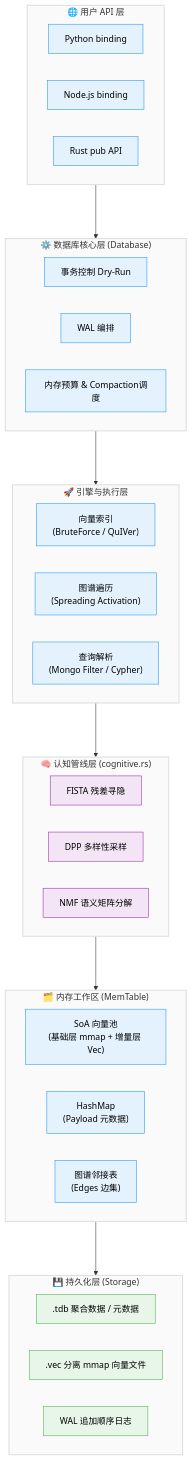
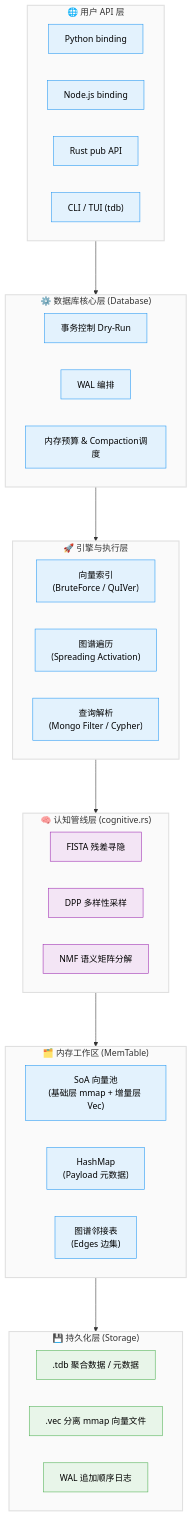
Before and after one commit to YoKONCy/TriviumDB: the diagram in docs/features.md, drawn with Mermaid. The commit also changed 5 other files, not shown here.

First line of the commit message:
docs: add cli/ to project structure, fix roadmap & dead links, bump versions

````diff
--- a/docs/features.md
+++ b/docs/features.md
@@ -28,61 +28,62 @@
 ```mermaid
 flowchart TD
     classDef layer fill:#fafafa,stroke:#e0e0e0,stroke-width:2px,color:#333;
     classDef module fill:#e3f2fd,stroke:#2196f3,stroke-width:1px,color:#000;
     classDef math fill:#f3e5f5,stroke:#9c27b0,stroke-width:1px,color:#000;
     classDef storage fill:#e8f5e9,stroke:#4caf50,stroke-width:1px,color:#000;
 
     subgraph Layer1 ["🌐 用户 API 层"]
         direction LR
         API1[Python binding]:::module
         API2[Node.js binding]:::module
         API3[Rust pub API]:::module
+        API4["CLI / TUI (tdb)"]:::module
     end
     Layer1:::layer
 
     subgraph Layer2 ["⚙️ 数据库核心层 (Database)"]
         direction LR
         C1[事务控制 Dry-Run]:::module
         C2[WAL 编排]:::module
         C3[内存预算 & Compaction调度]:::module
     end
     Layer2:::layer
 
     subgraph Layer3 ["🚀 引擎与执行层"]
         direction LR
         E1["向量索引\n(BruteForce / QuIVer)"]:::module
         E2["图谱遍历\n(Spreading Activation)"]:::module
         E3["查询解析\n(Mongo Filter / Cypher)"]:::module
     end
     Layer3:::layer
 
     subgraph Layer4 ["🧠 认知管线层 (cognitive.rs)"]
         direction LR
         M1[FISTA 残差寻隐]:::math
         M2[DPP 多样性采样]:::math
         M3[NMF 语义矩阵分解]:::math
     end
     Layer4:::layer
 
     subgraph Layer5 ["🗂️ 内存工作区 (MemTable)"]
         direction LR
         M_VEC["SoA 向量池\n(基础层 mmap + 增量层 Vec)"]:::module
         M_PAY["HashMap\n(Payload 元数据)"]:::module
         M_EDGE["图谱邻接表\n(Edges 边集)"]:::module
     end
     Layer5:::layer
 
     subgraph Layer6 ["💾 持久化层 (Storage)"]
         direction LR
         S1[".tdb 聚合数据 / 元数据"]:::storage
         S2[".vec 分离 mmap 向量文件"]:::storage
         S3["WAL 追加顺序日志"]:::storage
     end
     Layer6:::layer
 
     Layer1 ---> Layer2
     Layer2 ---> Layer3
     Layer3 ---> Layer4
     Layer4 ---> Layer5
     Layer5 ---> Layer6
 ```
````
